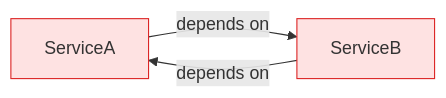
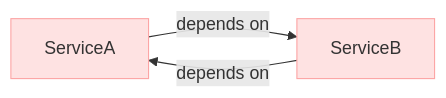
One commit to saivamsikaruturi/vamsilabs-dev-notes-main changed the second of 2 diagrams in docs/springboot/TypesOfDi.md. Above: the diagram before and after it, drawn with Mermaid. The commit also changed other lines of this file and 220 other files, not shown here.

First line of the commit message:
Add 50+ new Java/Spring Boot pages, rewrite CSS code blocks to Oracle style, fix all diagram colors

````diff
--- a/docs/springboot/TypesOfDi.md
+++ b/docs/springboot/TypesOfDi.md
@@ -278,8 +278,8 @@
 ```mermaid
 flowchart LR
     A["ServiceA"] -->|depends on| B["ServiceB"]
     B -->|depends on| A
 
-    style A fill:#FEE2E2,stroke:#DC2626
-    style B fill:#FEE2E2,stroke:#DC2626
+    style A fill:#FEE2E2,stroke:#FCA5A5
+    style B fill:#FEE2E2,stroke:#FCA5A5
 ```
````
